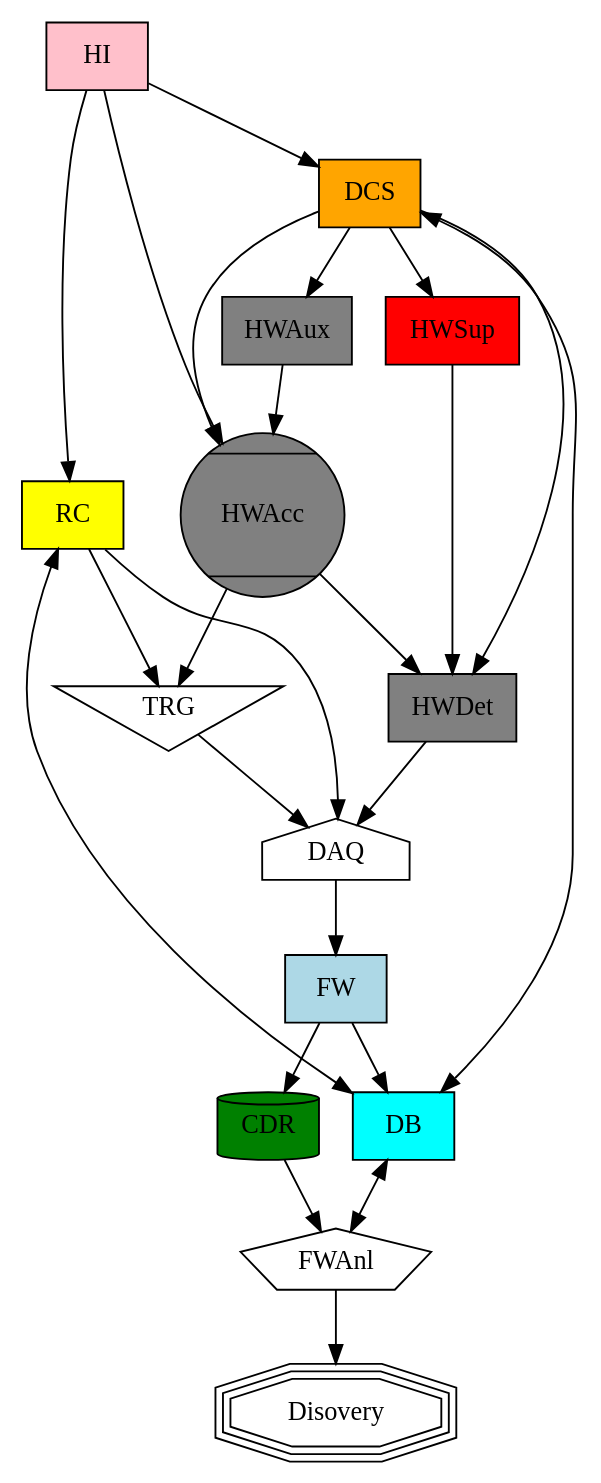
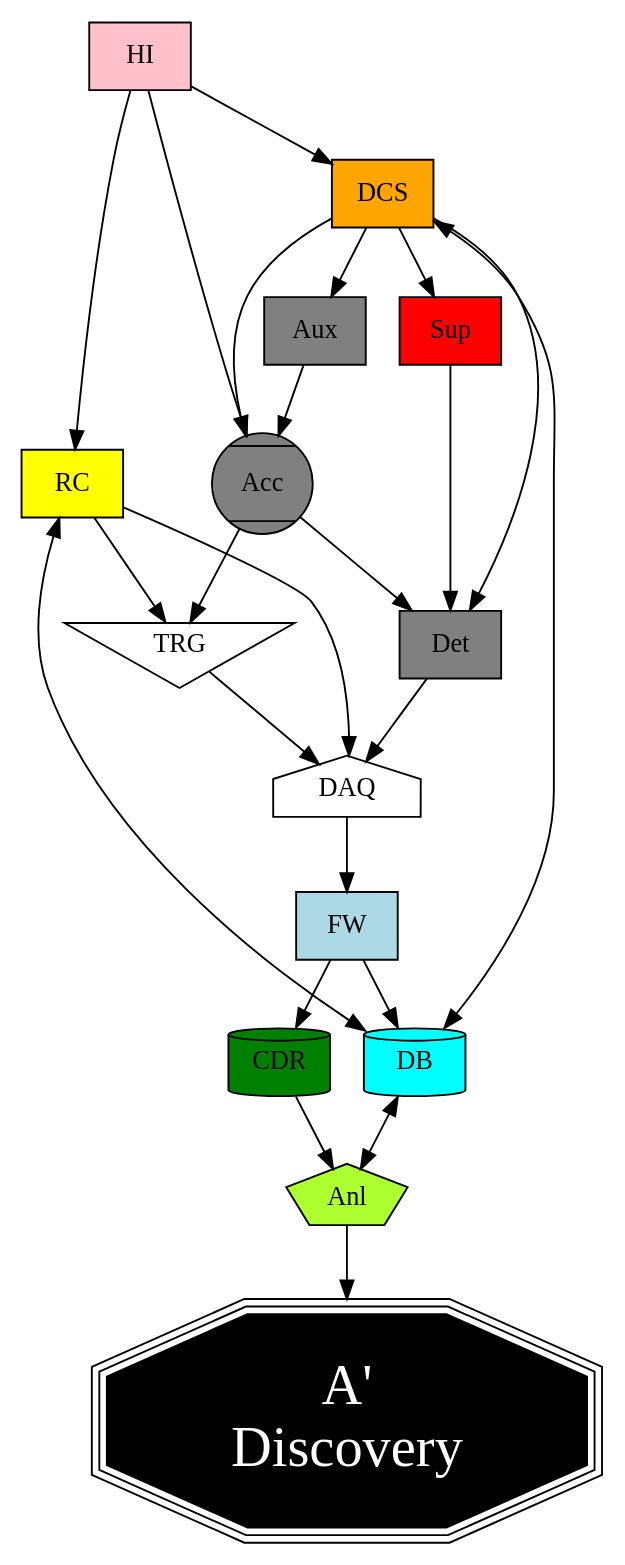
The diagram in docs/padme-basic.dot (PADME-Experiment/padme-dcs), drawn with Graphviz before and after one commit.

```diff
--- a/docs/padme-basic.dot
+++ b/docs/padme-basic.dot
@@ -1,62 +1,62 @@
 #!/bin/dot -Tsvg
 
 digraph PADME_basic {
   newrank=true;/*{{{*/
   //graph[rankstep=2] doesnt work....
   remincross=true;
   compound=true;
   graph [ layout=dot] //, ratio=auto, splines=true, splines=spline];
   //graph [rankdir=LR];
 
   //graph[splines=true, splines=spline];
   //edge [splines=false, splines="",fontcolor=red, label="UU"];
   //edge[dir=both,label="edge"];
-  fontsize=26;
+  //fontsize=26;
   fontnames=svg;
   node[shape=record];/*}}}*/
 
 
   //label="Padme Basic Scheme";
   graph[style=filled color=pink];node[style=filled,fillcolor=white]
 
 
     HI[fillcolor=pink]
     DCS[fillcolor=orange]
     RC [fillcolor=yellow]
-    HWAcc[fillcolor=grey,shape=Mcircle]
-    HWAux[fillcolor=grey]
-    HWSup[fillcolor=red]
-    HWDet[fillcolor=grey]
+    Acc[fillcolor=grey,shape=Mcircle]
+    Aux[fillcolor=grey]
+    Sup[fillcolor=red]
+    Det[fillcolor=grey]
     DAQ[shape=house]
     TRG[shape=invtriangle]
-    DB[fillcolor=cyan]
+    DB[shape=cylinder,fillcolor=cyan]
     CDR[shape=cylinder,fillcolor=green]
     FW[fillcolor=lightblue]
-    FWAnl[shape=pentagon]
-    Disovery[shape=tripleoctagon]//star]
+    Anl[shape=pentagon,fillcolor=greenyellow]
+    Discovery[label="A'\nDiscovery",shape=tripleoctagon,fillcolor=black,fontcolor=white,fontsize=30]//star]
 
     HI->{RC,DCS}
     RC->{DAQ,TRG}
-    DCS->{ HWAcc HWAux HWSup HWDet}
-    HWAux->HWAcc//[constraint=false]
-    HWAcc->HWDet//[constraint=false]
-    HWSup->HWDet
-    HWAcc->TRG[constraint=false]
+    DCS->{ Acc Aux Sup Det}
+    Aux->Acc//[constraint=false]
+    Acc->Det//[constraint=false]
+    Sup->Det
+    Acc->TRG[constraint=false]
     TRG->DAQ
-    HWDet->DAQ
+    Det->DAQ
     DAQ->FW
     FW->CDR
     //DB->FW
     FW->DB
 
     RC->DB[dir=both]
     DCS->DB[dir=both]
-    CDR->FWAnl->Disovery
-    DB-> FWAnl[dir=both]
-    HI->HWAcc
+    CDR->Anl->Discovery
+    DB-> Anl[dir=both]
+    HI->Acc
 
 
 
 
 
 }
```
